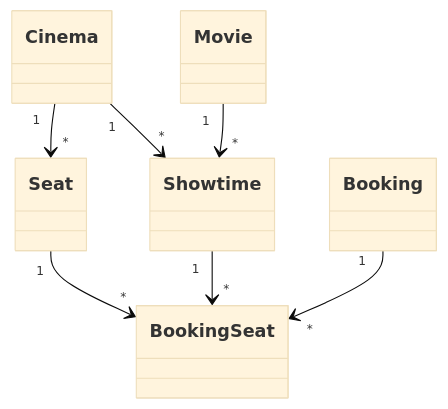
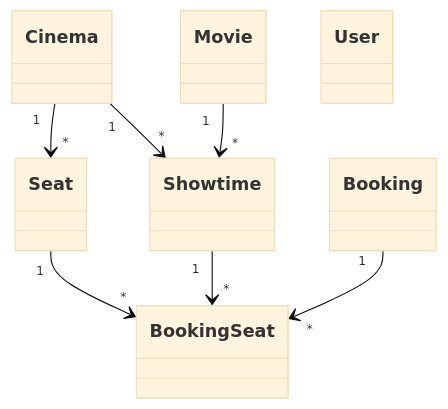
Before and after one commit to Phongphisut-Khenchat-Personal/NatureMiniPlex: the third of 10 diagrams in docs/DESIGN.md, drawn with Mermaid (base theme). The commit also changed other lines of this file and 81 other files, not shown here.

````diff
--- a/docs/DESIGN.md
+++ b/docs/DESIGN.md
@@ -93,15 +104,16 @@
 ```mermaid
 classDiagram
   class Cinema
   class Seat
   class Movie
   class Showtime
   class Booking
   class BookingSeat
+  class User
   Cinema "1" --> "*" Seat
   Cinema "1" --> "*" Showtime
   Movie "1" --> "*" Showtime
   Booking "1" --> "*" BookingSeat
   Showtime "1" --> "*" BookingSeat
   Seat "1" --> "*" BookingSeat
 ```
````
